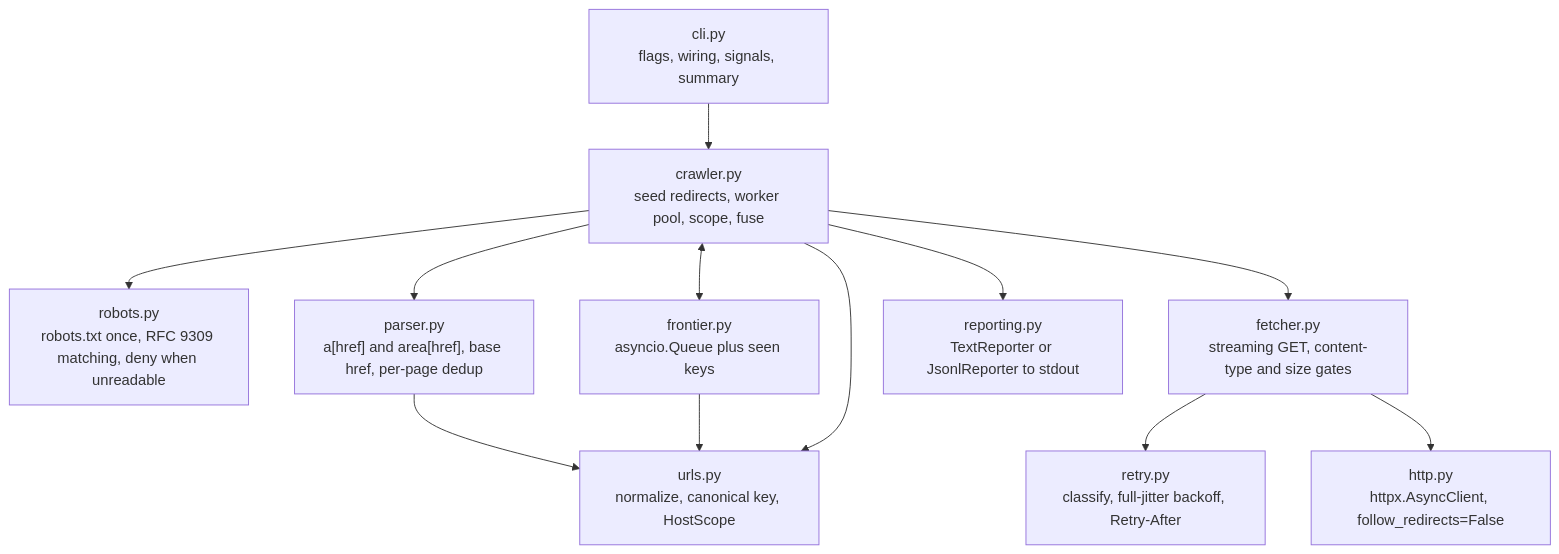
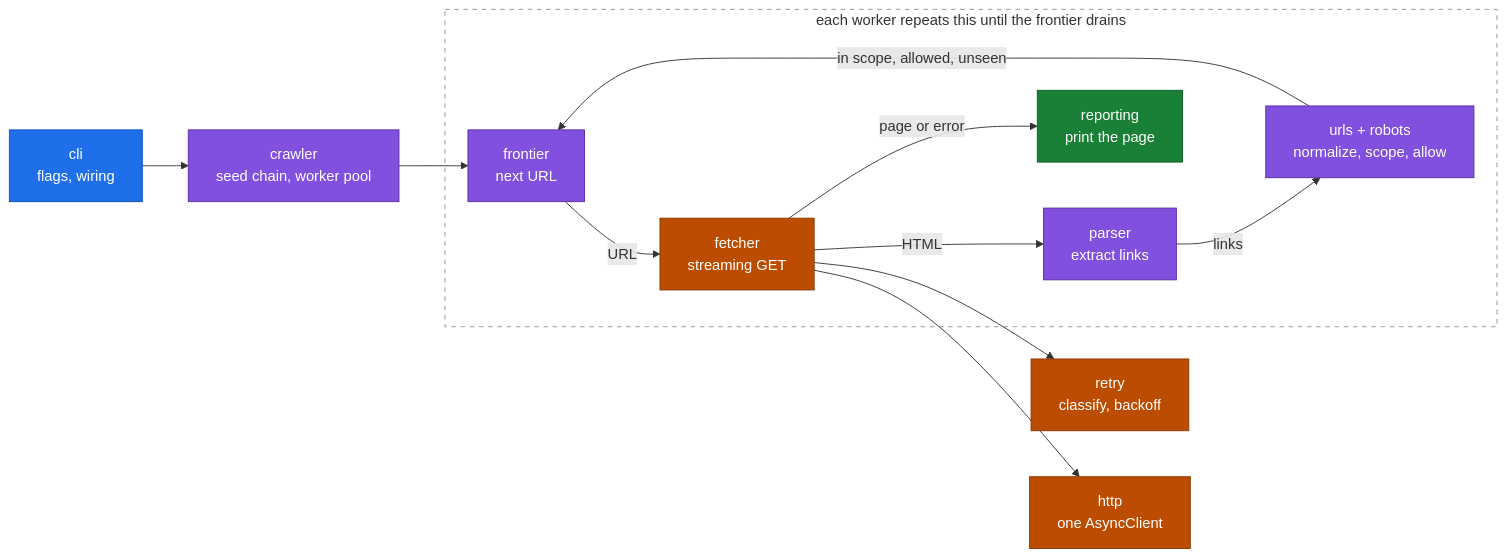
One commit to jmbcs/url-crawler changed the first of 2 diagrams in docs/architecture.md. Above: the diagram before and after it, drawn with Mermaid. The commit also changed other lines of this file and 1 other file, not shown here.

Commit message:
docs: colour and simplify the diagrams

````diff
--- a/docs/architecture.md
+++ b/docs/architecture.md
@@ -11,14 +11,31 @@
 ```mermaid
-flowchart TD
-    CLI["cli.py<br>flags, wiring, signals, summary"] --> Crawler["crawler.py<br>seed redirects, worker pool, scope, fuse"]
-    Crawler --> Robots["robots.py<br>robots.txt once, RFC 9309 matching, deny when unreadable"]
-    Crawler <--> Frontier["frontier.py<br>asyncio.Queue plus seen keys"]
-    Crawler --> Fetcher["fetcher.py<br>streaming GET, content-type and size gates"]
-    Fetcher --> Retry["retry.py<br>classify, full-jitter backoff, Retry-After"]
-    Fetcher --> Client["http.py<br>httpx.AsyncClient, follow_redirects=False"]
-    Crawler --> Parser["parser.py<br>a[href] and area[href], base href, per-page dedup"]
-    Parser --> Urls["urls.py<br>normalize, canonical key, HostScope"]
-    Frontier --> Urls
-    Crawler --> Urls
-    Crawler --> Reporter["reporting.py<br>TextReporter or JsonlReporter to stdout"]
+flowchart LR
+    CLI["cli<br>flags, wiring"] --> CR["crawler<br>seed chain, worker pool"]
+
+    subgraph page["each worker repeats this until the frontier drains"]
+        FR["frontier<br>next URL"]
+        FE["fetcher<br>streaming GET"]
+        PA["parser<br>extract links"]
+        FI["urls + robots<br>normalize, scope, allow"]
+        RE["reporting<br>print the page"]
+        FR -->|"URL"| FE
+        FE -->|"HTML"| PA
+        PA -->|"links"| FI
+        FI -->|"in scope, allowed, unseen"| FR
+        FE -->|"page or error"| RE
+    end
+
+    CR --> FR
+    FE --> RT["retry<br>classify, backoff"]
+    FE --> HT["http<br>one AsyncClient"]
+
+    classDef entry fill:#1f6feb,stroke:#0b4fc4,color:#ffffff
+    classDef brain fill:#8250df,stroke:#5a2ca0,color:#ffffff
+    classDef net fill:#bc4c00,stroke:#8a3800,color:#ffffff
+    classDef out fill:#1a7f37,stroke:#0f5c26,color:#ffffff
+    class CLI entry
+    class CR,FR,PA,FI brain
+    class FE,RT,HT net
+    class RE out
+    style page fill:none,stroke:#8b949e,stroke-dasharray:5 5
 ```
````
